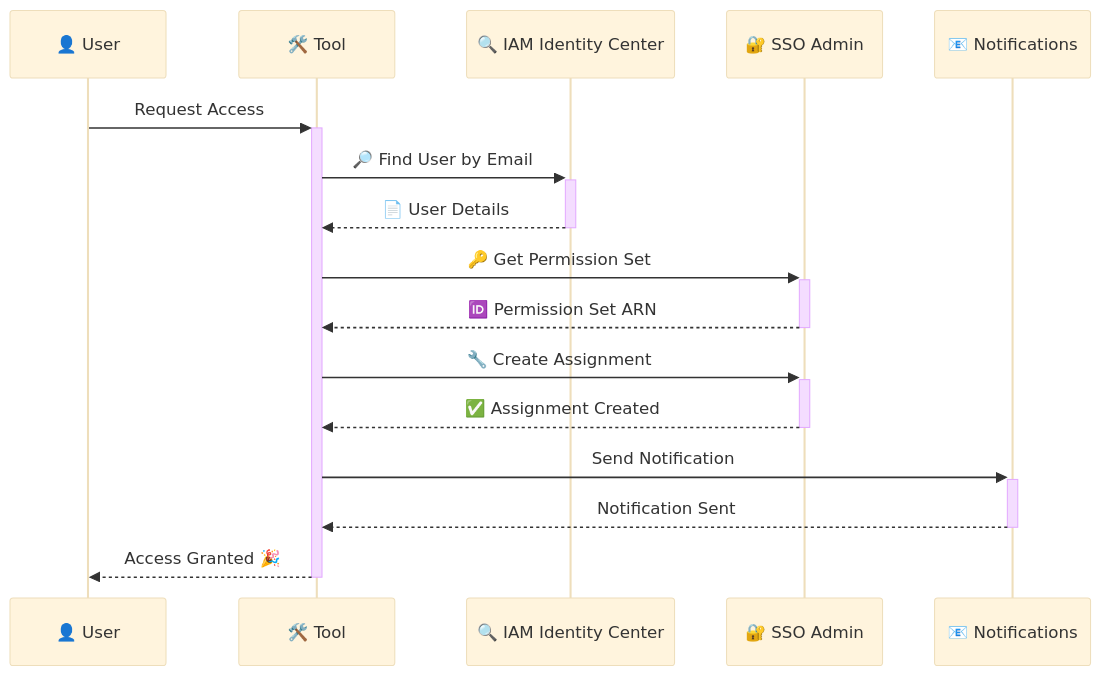
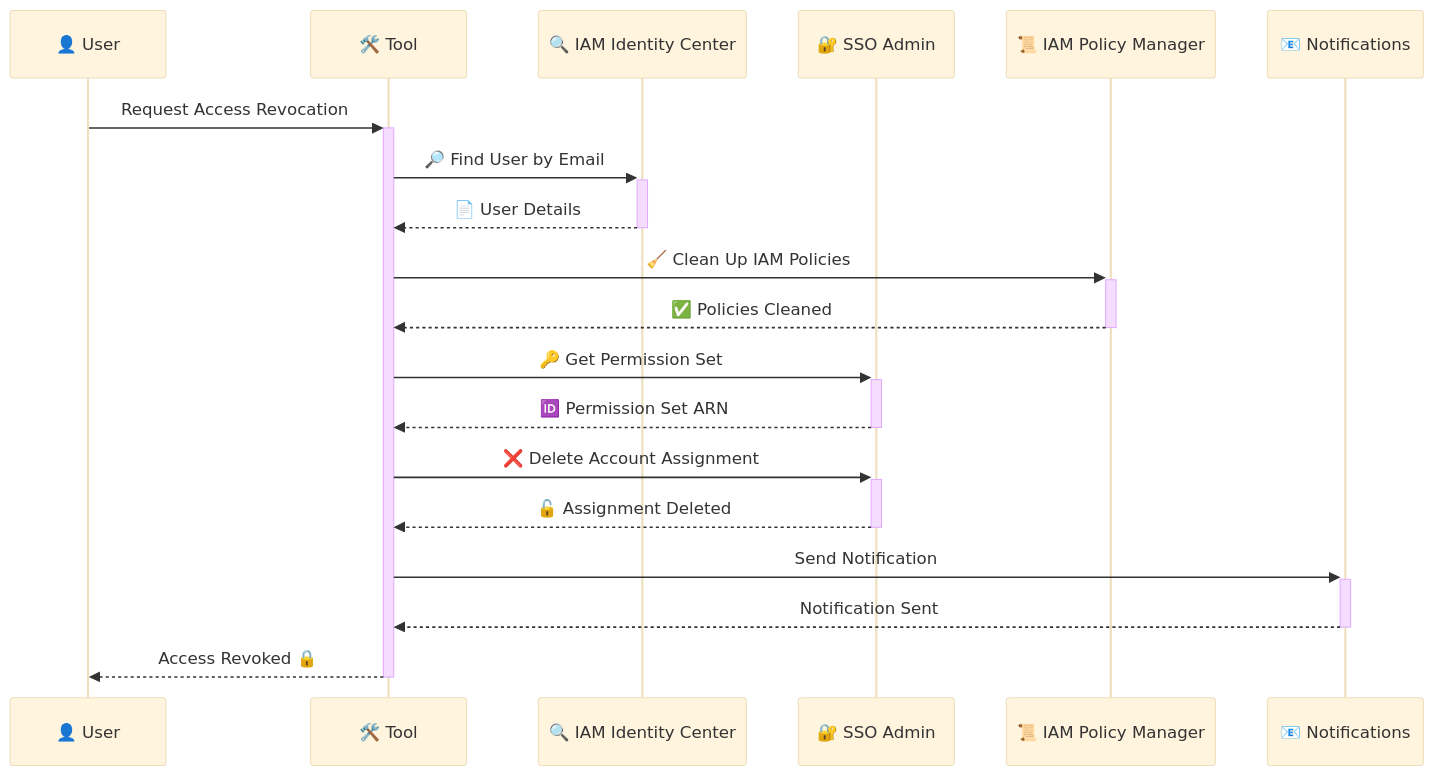
Before and after one commit to kubiyabot/community-tools: the second of 4 diagrams in aws_jit_tools/README.md, drawn with Mermaid (base theme). The commit also changed other lines of this file and 3 other files, not shown here.

````diff
--- a/aws_jit_tools/README.md
+++ b/aws_jit_tools/README.md
@@ -54,19 +85,22 @@
 ```mermaid
 sequenceDiagram
     participant U as 👤 User
     participant T as 🛠️ Tool
     participant I as 🔍 IAM Identity Center
     participant S as 🔐 SSO Admin
+    participant P as 📜 IAM Policy Manager
     participant N as 📧 Notifications
 
-    U->>+T: Request Access
+    U->>+T: Request Access Revocation
     T->>+I: 🔎 Find User by Email
     I-->>-T: 📄 User Details
+    T->>+P: 🧹 Clean Up IAM Policies
+    P-->>-T: ✅ Policies Cleaned
     T->>+S: 🔑 Get Permission Set
     S-->>-T: 🆔 Permission Set ARN
-    T->>+S: 🔧 Create Assignment
-    S-->>-T: ✅ Assignment Created
+    T->>+S: ❌ Delete Account Assignment
+    S-->>-T: 🔓 Assignment Deleted
     T->>+N: Send Notification
     N-->>-T: Notification Sent
-    T-->>-U: Access Granted 🎉
+    T-->>-U: Access Revoked 🔒
 ```
````
